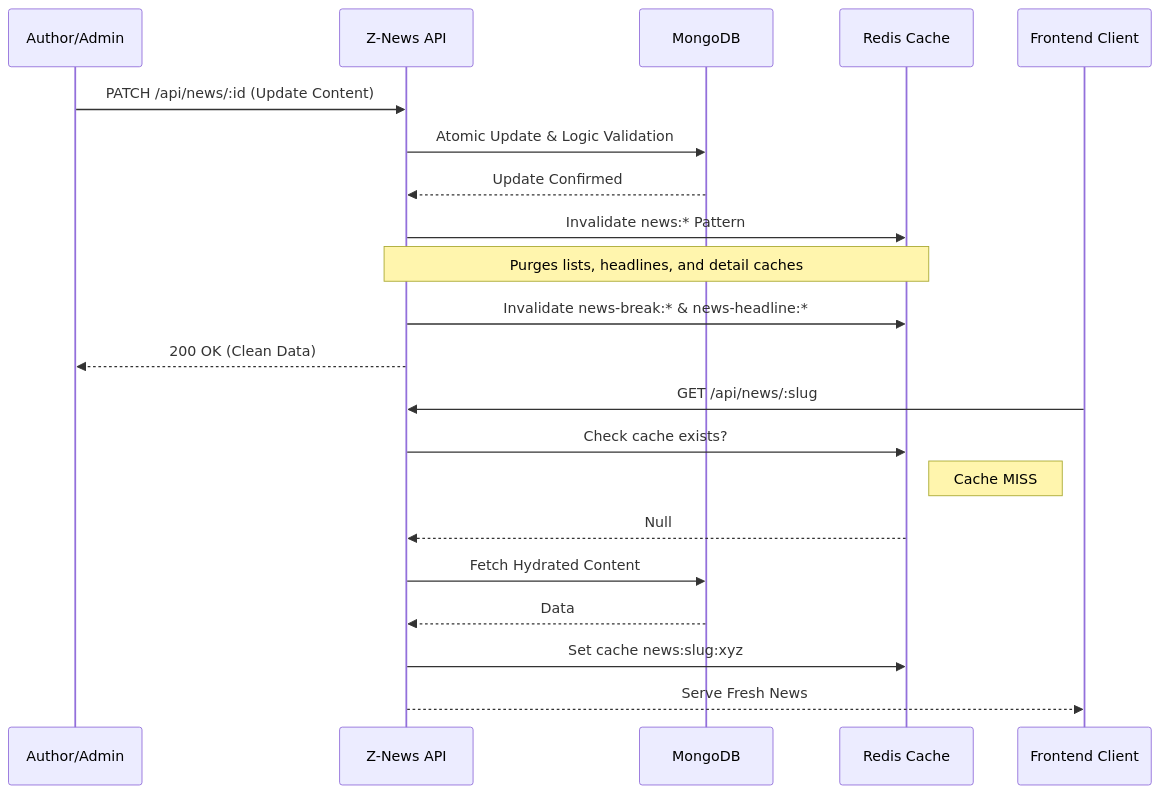
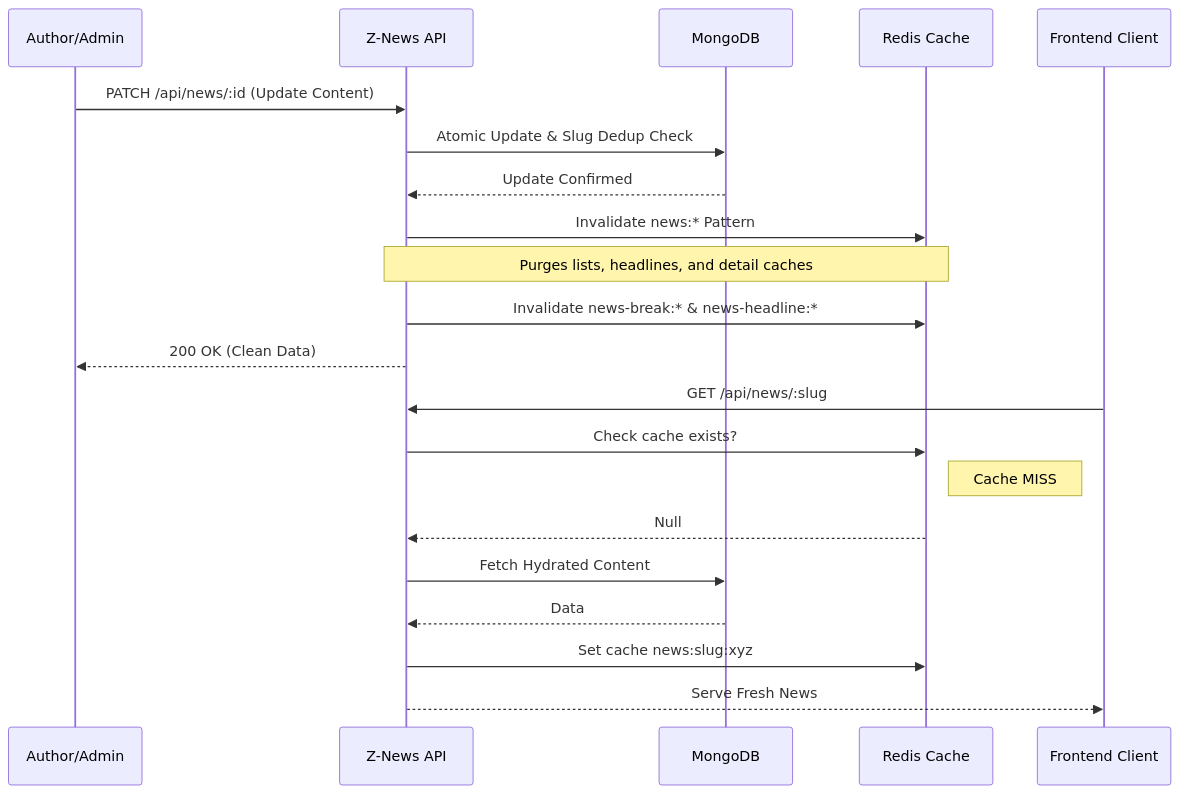
One commit to foysalahmedmin/z-news-server changed the fourth of 5 diagrams in README.md. Above: the diagram before and after it, drawn with Mermaid. The commit also changed other lines of this file, not shown here.

````diff
--- a/README.md
+++ b/README.md
@@ -493,25 +571,25 @@
 ```mermaid
 sequenceDiagram
     participant Editor as Author/Admin
     participant API as Z-News API
     participant DB as MongoDB
     participant Redis as Redis Cache
     participant Client as Frontend Client
 
     Editor->>API: PATCH /api/news/:id (Update Content)
-    API->>DB: Atomic Update & Logic Validation
+    API->>DB: Atomic Update & Slug Dedup Check
     DB-->>API: Update Confirmed
     API->>Redis: Invalidate news:* Pattern
     Note over API,Redis: Purges lists, headlines, and detail caches
     API->>Redis: Invalidate news-break:* & news-headline:*
     API-->>Editor: 200 OK (Clean Data)
 
     Client->>API: GET /api/news/:slug
     API->>Redis: Check cache exists?
     Note right of Redis: Cache MISS
     Redis-->>API: Null
     API->>DB: Fetch Hydrated Content
     DB-->>API: Data
     API->>Redis: Set cache news:slug:xyz
     API-->>Client: Serve Fresh News
 ```
````
